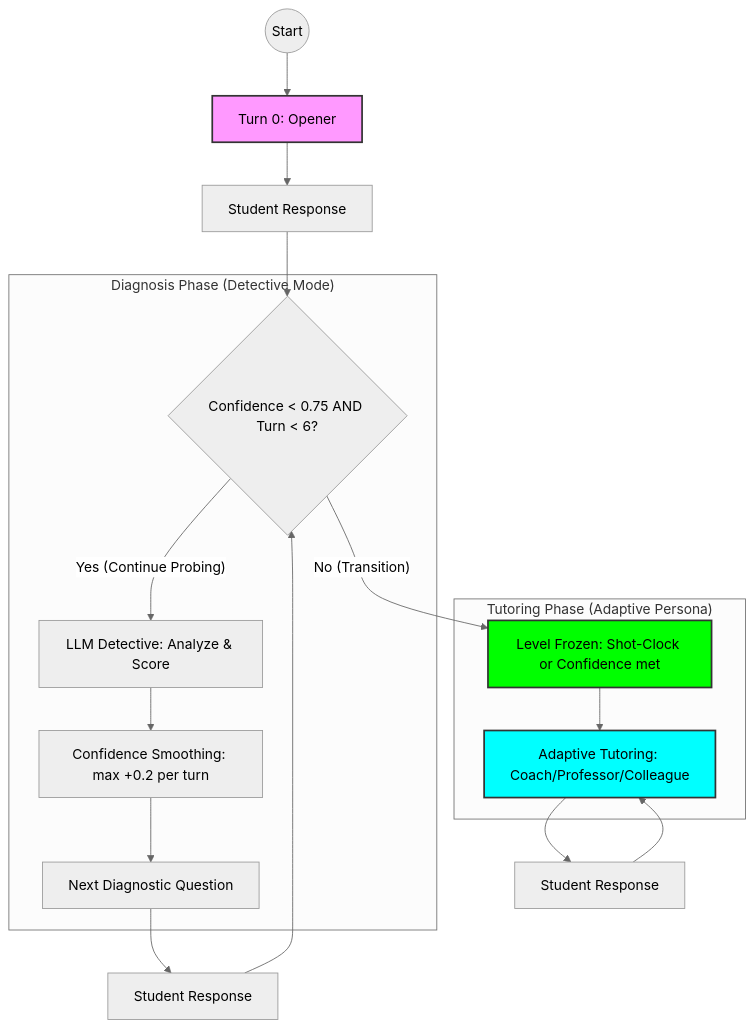
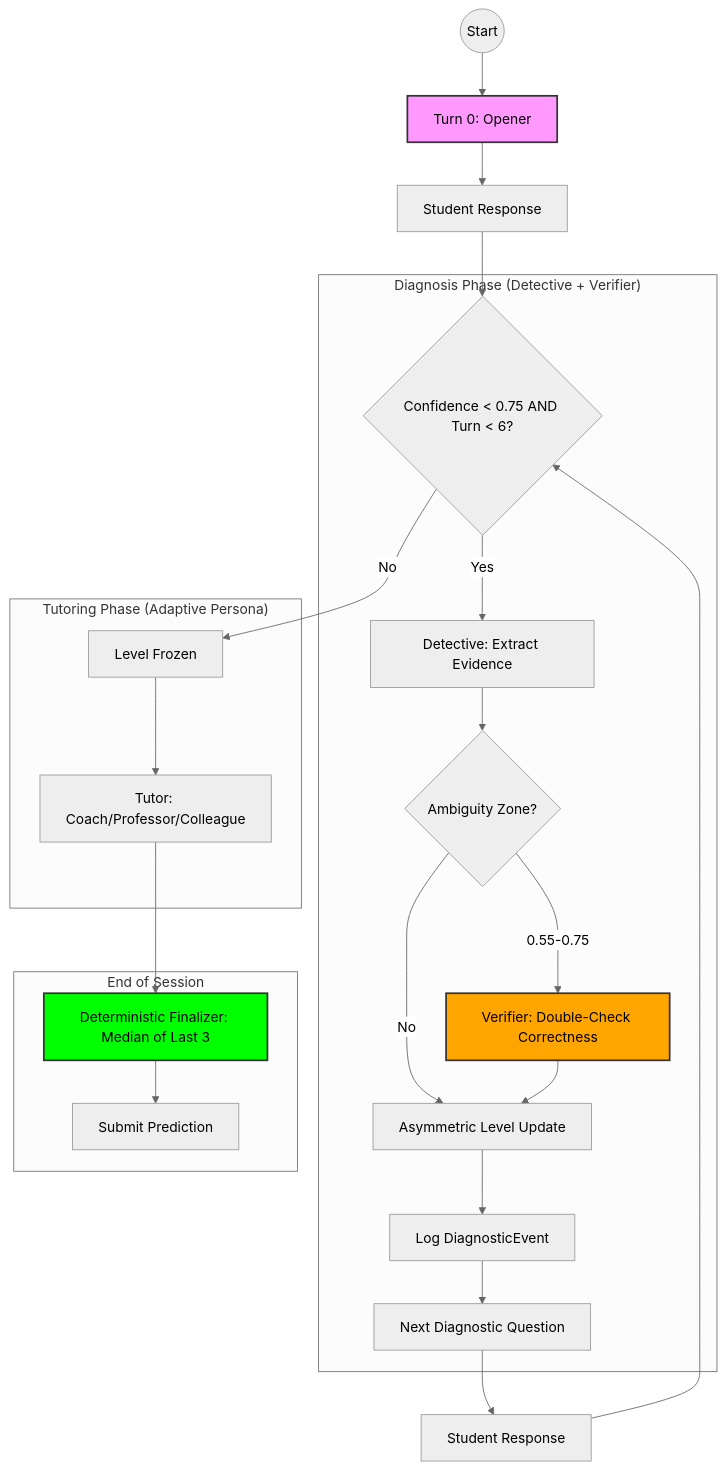
Before and after one commit to yahyanaveed10/AI-Tutor-Team-Unknown-: the diagram in docs/STRATEGY.md, drawn with Mermaid (neutral theme). The commit also changed other lines of this file and 8 other files, not shown here.

````diff
--- a/docs/STRATEGY.md
+++ b/docs/STRATEGY.md
@@ -17,33 +17,45 @@
 ```mermaid
 graph TD
     Start((Start)) --> Opener[Turn 0: Opener]
     Opener --> StudentResponse1[Student Response]
     
-    subgraph "Diagnosis Phase (Detective Mode)"
+    subgraph "Diagnosis Phase (Detective + Verifier)"
     Diagnosis{Confidence < 0.75 AND Turn < 6?}
-    Analyze[LLM Detective: Analyze & Score]
-    Smooth[Confidence Smoothing: max +0.2 per turn]
+    Analyze[Detective: Extract Evidence]
+    Verify{Ambiguity Zone?}
+    Verifier[Verifier: Double-Check Correctness]
+    Asymmetric[Asymmetric Level Update]
+    LogEvent[Log DiagnosticEvent]
     NextDiag[Next Diagnostic Question]
     end
     
     subgraph "Tutoring Phase (Adaptive Persona)"
-    Freeze[Level Frozen: Shot-Clock or Confidence met]
-    Tutor[Adaptive Tutoring: Coach/Professor/Colleague]
+    Freeze[Level Frozen]
+    Tutor[Tutor: Coach/Professor/Colleague]
+    end
+    
+    subgraph "End of Session"
+    Finalizer[Deterministic Finalizer: Median of Last 3]
+    Submit[Submit Prediction]
     end
     
     StudentResponse1 --> Diagnosis
-    Diagnosis -- "Yes (Continue Probing)" --> Analyze
-    Analyze --> Smooth
-    Smooth --> NextDiag
+    Diagnosis -- "Yes" --> Analyze
+    Analyze --> Verify
+    Verify -- "0.55-0.75" --> Verifier
+    Verify -- "No" --> Asymmetric
+    Verifier --> Asymmetric
+    Asymmetric --> LogEvent
+    LogEvent --> NextDiag
     NextDiag --> StudentMsg[Student Response]
     StudentMsg --> Diagnosis
     
-    Diagnosis -- "No (Transition)" --> Freeze
+    Diagnosis -- "No" --> Freeze
     Freeze --> Tutor
-    Tutor --> StudentMsgT[Student Response]
-    StudentMsgT --> Tutor
+    Tutor --> Finalizer
+    Finalizer --> Submit
     
     style Opener fill:#f9f,stroke:#333,stroke-width:2px
-    style Freeze fill:#00ff00,stroke:#333,stroke-width:2px
-    style Tutor fill:#00ffff,stroke:#333,stroke-width:2px
+    style Verifier fill:#ffa500,stroke:#333,stroke-width:2px
+    style Finalizer fill:#00ff00,stroke:#333,stroke-width:2px
 ```
````
